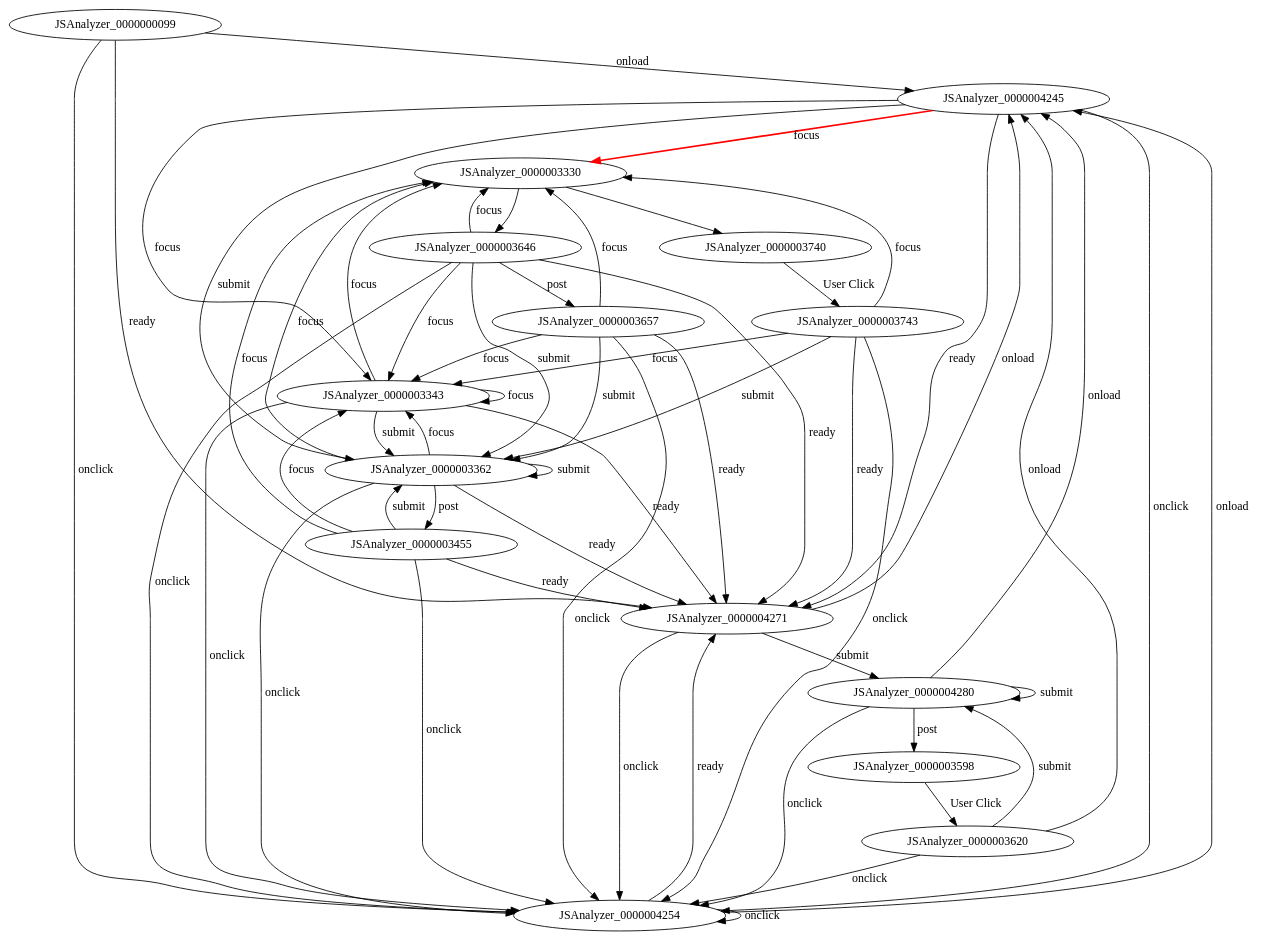
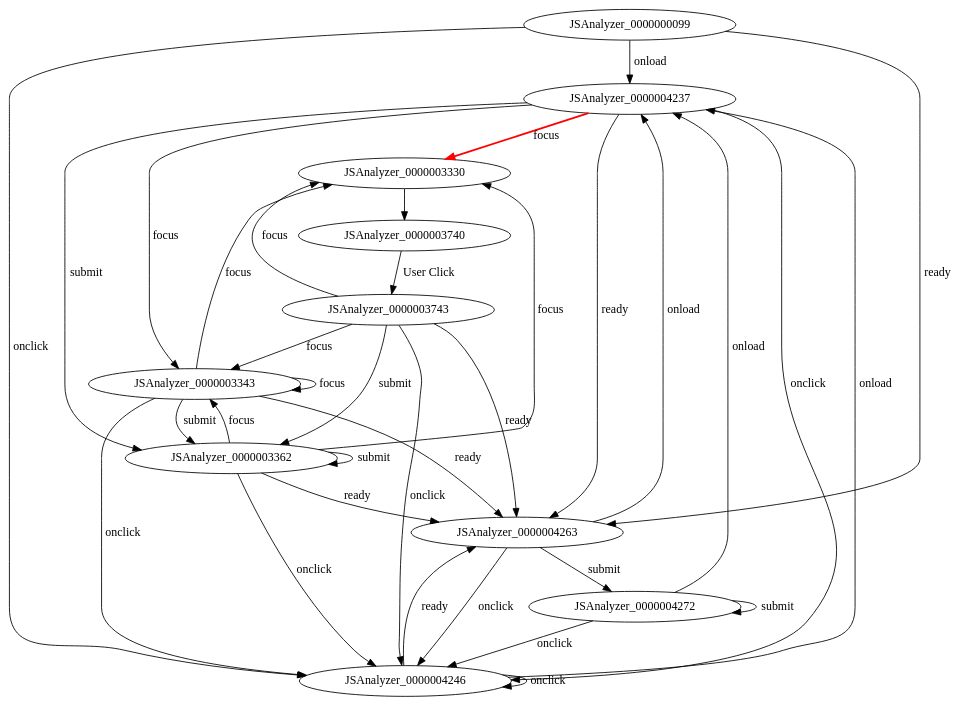
The diagram in projects/project/verify/counterexample/CS2020mError.spec.0.step.3.dot (mzw/JSAnalyzer), drawn with Graphviz before and after one commit. The commit also changed 243 other files, not shown here.

```diff
--- a/projects/project/verify/counterexample/CS2020mError.spec.0.step.3.dot
+++ b/projects/project/verify/counterexample/CS2020mError.spec.0.step.3.dot
@@ -1,74 +1,46 @@
 digraph FSM {
 JSAnalyzer_0000000099;
 JSAnalyzer_0000003330;
 JSAnalyzer_0000003343;
 JSAnalyzer_0000003362;
-JSAnalyzer_0000003455;
-JSAnalyzer_0000003598;
-JSAnalyzer_0000003646;
-JSAnalyzer_0000003657;
 JSAnalyzer_0000003740;
-JSAnalyzer_0000004245;
-JSAnalyzer_0000004254;
-JSAnalyzer_0000004271;
-JSAnalyzer_0000004280;
-JSAnalyzer_0000003620;
+JSAnalyzer_0000004237;
+JSAnalyzer_0000004246;
+JSAnalyzer_0000004263;
+JSAnalyzer_0000004272;
 JSAnalyzer_0000003743;
-JSAnalyzer_0000003330 -> JSAnalyzer_0000003646 []
 JSAnalyzer_0000003330 -> JSAnalyzer_0000003740 []
-JSAnalyzer_0000000099 -> JSAnalyzer_0000004245 [label="onload"]
-JSAnalyzer_0000000099 -> JSAnalyzer_0000004254 [label="onclick"]
-JSAnalyzer_0000000099 -> JSAnalyzer_0000004271 [label="ready"]
+JSAnalyzer_0000000099 -> JSAnalyzer_0000004237 [label="onload"]
+JSAnalyzer_0000000099 -> JSAnalyzer_0000004246 [label="onclick"]
+JSAnalyzer_0000000099 -> JSAnalyzer_0000004263 [label="ready"]
 JSAnalyzer_0000003343 -> JSAnalyzer_0000003330 [label="focus"]
 JSAnalyzer_0000003343 -> JSAnalyzer_0000003343 [label="focus"]
 JSAnalyzer_0000003343 -> JSAnalyzer_0000003362 [label="submit"]
-JSAnalyzer_0000003343 -> JSAnalyzer_0000004254 [label="onclick"]
-JSAnalyzer_0000003343 -> JSAnalyzer_0000004271 [label="ready"]
-JSAnalyzer_0000003362 -> JSAnalyzer_0000003455 [label="post"]
+JSAnalyzer_0000003343 -> JSAnalyzer_0000004246 [label="onclick"]
+JSAnalyzer_0000003343 -> JSAnalyzer_0000004263 [label="ready"]
 JSAnalyzer_0000003362 -> JSAnalyzer_0000003330 [label="focus"]
 JSAnalyzer_0000003362 -> JSAnalyzer_0000003343 [label="focus"]
 JSAnalyzer_0000003362 -> JSAnalyzer_0000003362 [label="submit"]
-JSAnalyzer_0000003362 -> JSAnalyzer_0000004254 [label="onclick"]
-JSAnalyzer_0000003362 -> JSAnalyzer_0000004271 [label="ready"]
-JSAnalyzer_0000003455 -> JSAnalyzer_0000003330 [label="focus"]
-JSAnalyzer_0000003455 -> JSAnalyzer_0000003343 [label="focus"]
-JSAnalyzer_0000003455 -> JSAnalyzer_0000003362 [label="submit"]
-JSAnalyzer_0000003455 -> JSAnalyzer_0000004254 [label="onclick"]
-JSAnalyzer_0000003455 -> JSAnalyzer_0000004271 [label="ready"]
-JSAnalyzer_0000003598 -> JSAnalyzer_0000003620 [label="User Click"]
-JSAnalyzer_0000003646 -> JSAnalyzer_0000003657 [label="post"]
-JSAnalyzer_0000003646 -> JSAnalyzer_0000003330 [label="focus"]
-JSAnalyzer_0000003646 -> JSAnalyzer_0000003343 [label="focus"]
-JSAnalyzer_0000003646 -> JSAnalyzer_0000003362 [label="submit"]
-JSAnalyzer_0000003646 -> JSAnalyzer_0000004254 [label="onclick"]
-JSAnalyzer_0000003646 -> JSAnalyzer_0000004271 [label="ready"]
-JSAnalyzer_0000003657 -> JSAnalyzer_0000003330 [label="focus"]
-JSAnalyzer_0000003657 -> JSAnalyzer_0000003343 [label="focus"]
-JSAnalyzer_0000003657 -> JSAnalyzer_0000003362 [label="submit"]
-JSAnalyzer_0000003657 -> JSAnalyzer_0000004254 [label="onclick"]
-JSAnalyzer_0000003657 -> JSAnalyzer_0000004271 [label="ready"]
+JSAnalyzer_0000003362 -> JSAnalyzer_0000004246 [label="onclick"]
+JSAnalyzer_0000003362 -> JSAnalyzer_0000004263 [label="ready"]
 JSAnalyzer_0000003740 -> JSAnalyzer_0000003743 [label="User Click"]
-JSAnalyzer_0000004245 -> JSAnalyzer_0000003330 [label="focus",style=bold,color=red]
-JSAnalyzer_0000004245 -> JSAnalyzer_0000003343 [label="focus"]
-JSAnalyzer_0000004245 -> JSAnalyzer_0000003362 [label="submit"]
-JSAnalyzer_0000004245 -> JSAnalyzer_0000004254 [label="onclick"]
-JSAnalyzer_0000004245 -> JSAnalyzer_0000004271 [label="ready"]
-JSAnalyzer_0000004254 -> JSAnalyzer_0000004245 [label="onload"]
-JSAnalyzer_0000004254 -> JSAnalyzer_0000004254 [label="onclick"]
-JSAnalyzer_0000004254 -> JSAnalyzer_0000004271 [label="ready"]
-JSAnalyzer_0000004271 -> JSAnalyzer_0000004280 [label="submit"]
-JSAnalyzer_0000004271 -> JSAnalyzer_0000004245 [label="onload"]
-JSAnalyzer_0000004271 -> JSAnalyzer_0000004254 [label="onclick"]
-JSAnalyzer_0000004280 -> JSAnalyzer_0000003598 [label="post"]
-JSAnalyzer_0000004280 -> JSAnalyzer_0000004280 [label="submit"]
-JSAnalyzer_0000004280 -> JSAnalyzer_0000004245 [label="onload"]
-JSAnalyzer_0000004280 -> JSAnalyzer_0000004254 [label="onclick"]
-JSAnalyzer_0000003620 -> JSAnalyzer_0000004280 [label="submit"]
-JSAnalyzer_0000003620 -> JSAnalyzer_0000004245 [label="onload"]
-JSAnalyzer_0000003620 -> JSAnalyzer_0000004254 [label="onclick"]
+JSAnalyzer_0000004237 -> JSAnalyzer_0000003330 [label="focus",style=bold,color=red]
+JSAnalyzer_0000004237 -> JSAnalyzer_0000003343 [label="focus"]
+JSAnalyzer_0000004237 -> JSAnalyzer_0000003362 [label="submit"]
+JSAnalyzer_0000004237 -> JSAnalyzer_0000004246 [label="onclick"]
+JSAnalyzer_0000004237 -> JSAnalyzer_0000004263 [label="ready"]
+JSAnalyzer_0000004246 -> JSAnalyzer_0000004237 [label="onload"]
+JSAnalyzer_0000004246 -> JSAnalyzer_0000004246 [label="onclick"]
+JSAnalyzer_0000004246 -> JSAnalyzer_0000004263 [label="ready"]
+JSAnalyzer_0000004263 -> JSAnalyzer_0000004272 [label="submit"]
+JSAnalyzer_0000004263 -> JSAnalyzer_0000004237 [label="onload"]
+JSAnalyzer_0000004263 -> JSAnalyzer_0000004246 [label="onclick"]
+JSAnalyzer_0000004272 -> JSAnalyzer_0000004272 [label="submit"]
+JSAnalyzer_0000004272 -> JSAnalyzer_0000004237 [label="onload"]
+JSAnalyzer_0000004272 -> JSAnalyzer_0000004246 [label="onclick"]
 JSAnalyzer_0000003743 -> JSAnalyzer_0000003330 [label="focus"]
 JSAnalyzer_0000003743 -> JSAnalyzer_0000003343 [label="focus"]
 JSAnalyzer_0000003743 -> JSAnalyzer_0000003362 [label="submit"]
-JSAnalyzer_0000003743 -> JSAnalyzer_0000004254 [label="onclick"]
-JSAnalyzer_0000003743 -> JSAnalyzer_0000004271 [label="ready"]
+JSAnalyzer_0000003743 -> JSAnalyzer_0000004246 [label="onclick"]
+JSAnalyzer_0000003743 -> JSAnalyzer_0000004263 [label="ready"]
 }
```
